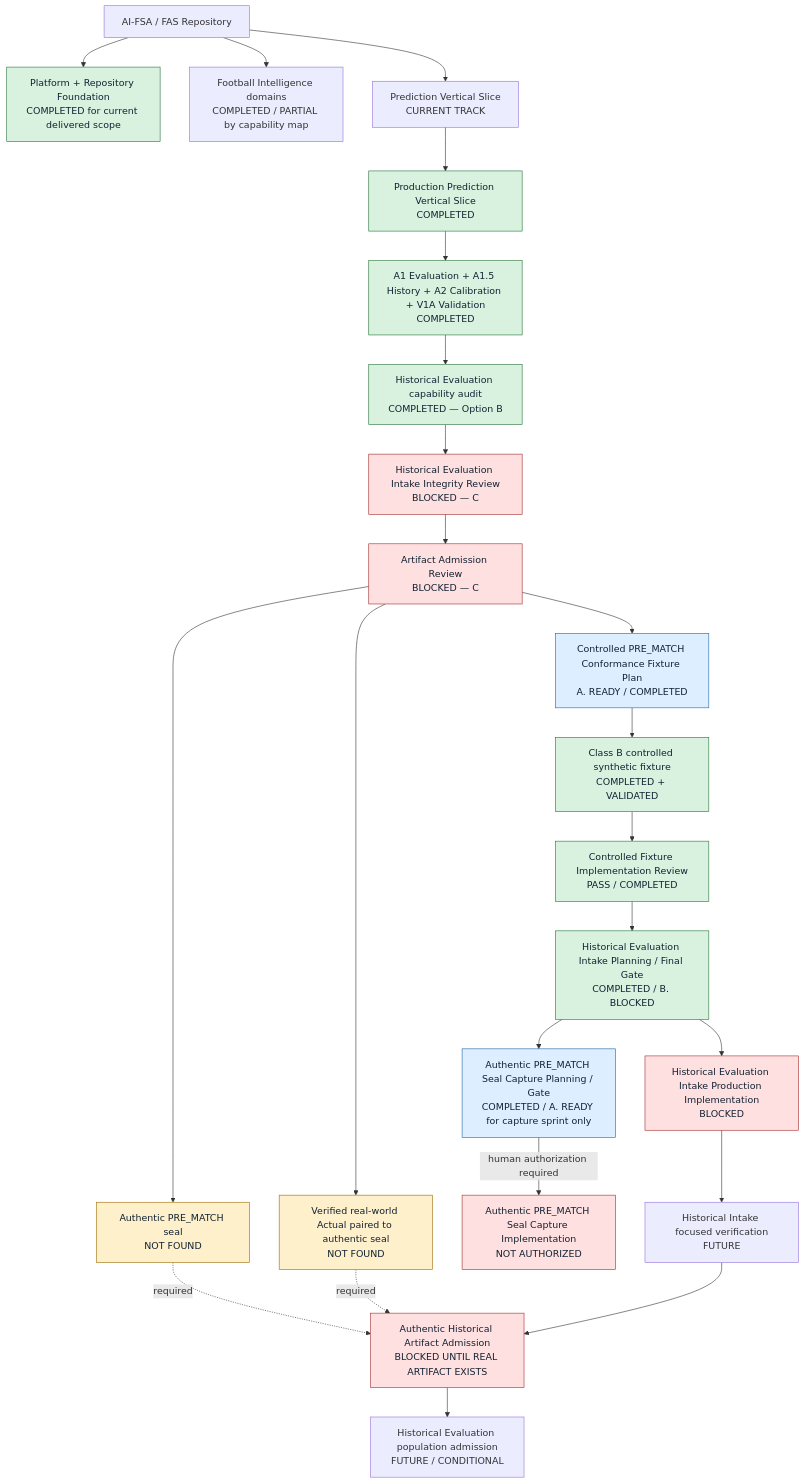
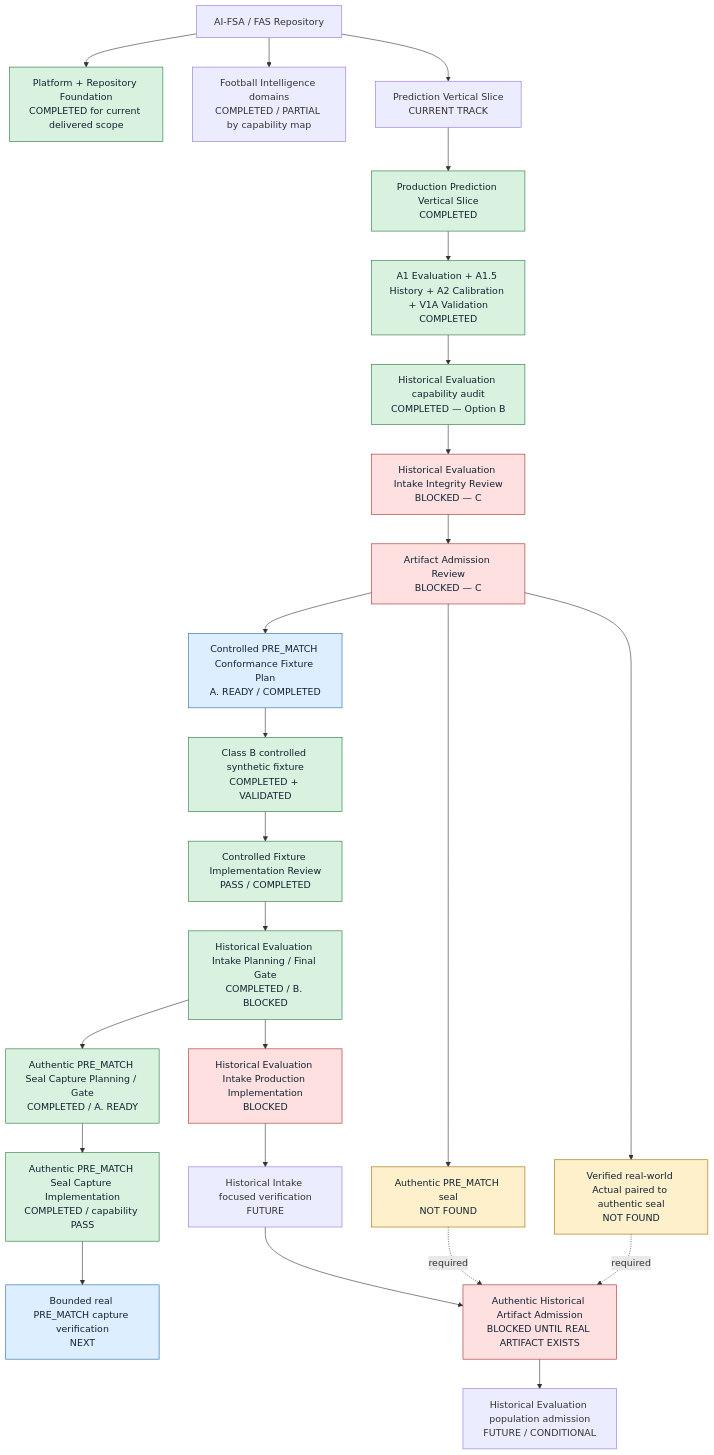
Before and after one commit to chenpengfeidp/ai-FSA: the diagram in docs/PROJECT_STATE.md, drawn with Mermaid. The commit also changed other lines of this file and 32 other files, not shown here.

First line of the commit message:
feat(statistics): 添加 PRE_MATCH 封印捕获与持久化

````diff
--- a/docs/PROJECT_STATE.md
+++ b/docs/PROJECT_STATE.md
@@ -89,43 +90,44 @@
 ```mermaid
 flowchart TD
   FAS["AI-FSA / FAS Repository"]
   PLATFORM["Platform + Repository Foundation<br/>COMPLETED for current delivered scope"]
   FI["Football Intelligence domains<br/>COMPLETED / PARTIAL by capability map"]
   PVS["Prediction Vertical Slice<br/>CURRENT TRACK"]
 
   FAS --> PLATFORM
   FAS --> FI
   FAS --> PVS
 
   PVS --> PVS1["Production Prediction Vertical Slice<br/>COMPLETED"]
   PVS1 --> EVAL["A1 Evaluation + A1.5 History + A2 Calibration + V1A Validation<br/>COMPLETED"]
   EVAL --> AUDIT["Historical Evaluation capability audit<br/>COMPLETED — Option B"]
   AUDIT --> INTEGRITY["Historical Evaluation Intake Integrity Review<br/>BLOCKED — C"]
   INTEGRITY --> ADMISSION["Artifact Admission Review<br/>BLOCKED — C"]
 
   ADMISSION --> SEAL["Authentic PRE_MATCH seal<br/>NOT FOUND"]
   ADMISSION --> ACTUAL["Verified real-world Actual paired to authentic seal<br/>NOT FOUND"]
   ADMISSION --> PLAN["Controlled PRE_MATCH Conformance Fixture Plan<br/>A. READY / COMPLETED"]
   PLAN --> FIXTURE["Class B controlled synthetic fixture<br/>COMPLETED + VALIDATED"]
   FIXTURE --> CURRENT["Controlled Fixture Implementation Review<br/>PASS / COMPLETED"]
   CURRENT --> FINALPLAN["Historical Evaluation Intake Planning / Final Gate<br/>COMPLETED / B. BLOCKED"]
-  FINALPLAN --> SEALPLAN["Authentic PRE_MATCH Seal Capture Planning / Gate<br/>COMPLETED / A. READY for capture sprint only"]
-  SEALPLAN -->|human authorization required| SEALIMPL["Authentic PRE_MATCH Seal Capture Implementation<br/>NOT AUTHORIZED"]
+  FINALPLAN --> SEALPLAN["Authentic PRE_MATCH Seal Capture Planning / Gate<br/>COMPLETED / A. READY"]
+  SEALPLAN --> SEALIMPL["Authentic PRE_MATCH Seal Capture Implementation<br/>COMPLETED / capability PASS"]
+  SEALIMPL --> SEALVERIFY["Bounded real PRE_MATCH capture verification<br/>NEXT"]
   FINALPLAN --> PROD["Historical Evaluation Intake Production Implementation<br/>BLOCKED"]
   PROD --> VERIFY["Historical Intake focused verification<br/>FUTURE"]
   VERIFY --> REALADMIT["Authentic Historical Artifact Admission<br/>BLOCKED UNTIL REAL ARTIFACT EXISTS"]
   SEAL -. required .-> REALADMIT
   ACTUAL -. required .-> REALADMIT
   REALADMIT --> POP["Historical Evaluation population admission<br/>FUTURE / CONDITIONAL"]
 
   classDef completed fill:#d9f2df,stroke:#26733a,color:#123;
   classDef ready fill:#dceeff,stroke:#2166a5,color:#123;
   classDef blocked fill:#ffe0e0,stroke:#a52a2a,color:#123;
   classDef missing fill:#fff0cc,stroke:#9b6b00,color:#123;
   classDef next fill:#e8ddff,stroke:#6542a6,color:#123;
 
-  class PLATFORM,PVS1,EVAL,AUDIT,FIXTURE,CURRENT,FINALPLAN completed;
-  class PLAN,SEALPLAN ready;
-  class INTEGRITY,ADMISSION,PROD,REALADMIT,SEALIMPL blocked;
+  class PLATFORM,PVS1,EVAL,AUDIT,FIXTURE,CURRENT,FINALPLAN,SEALPLAN,SEALIMPL completed;
+  class PLAN,SEALVERIFY ready;
+  class INTEGRITY,ADMISSION,PROD,REALADMIT blocked;
   class SEAL,ACTUAL missing;
 ```
````
